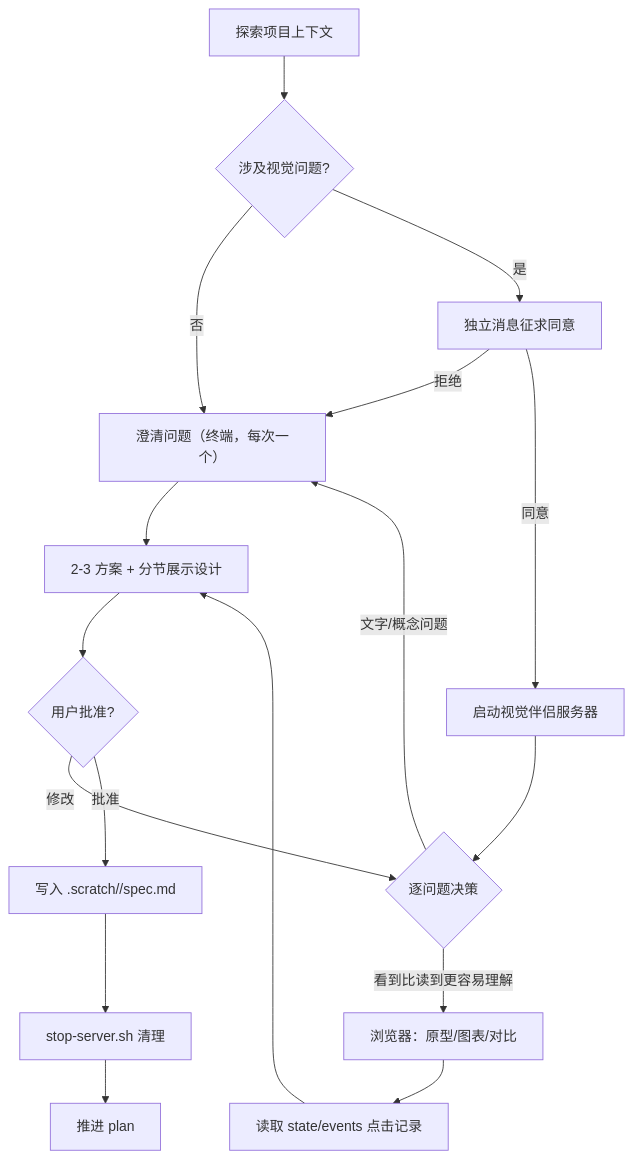
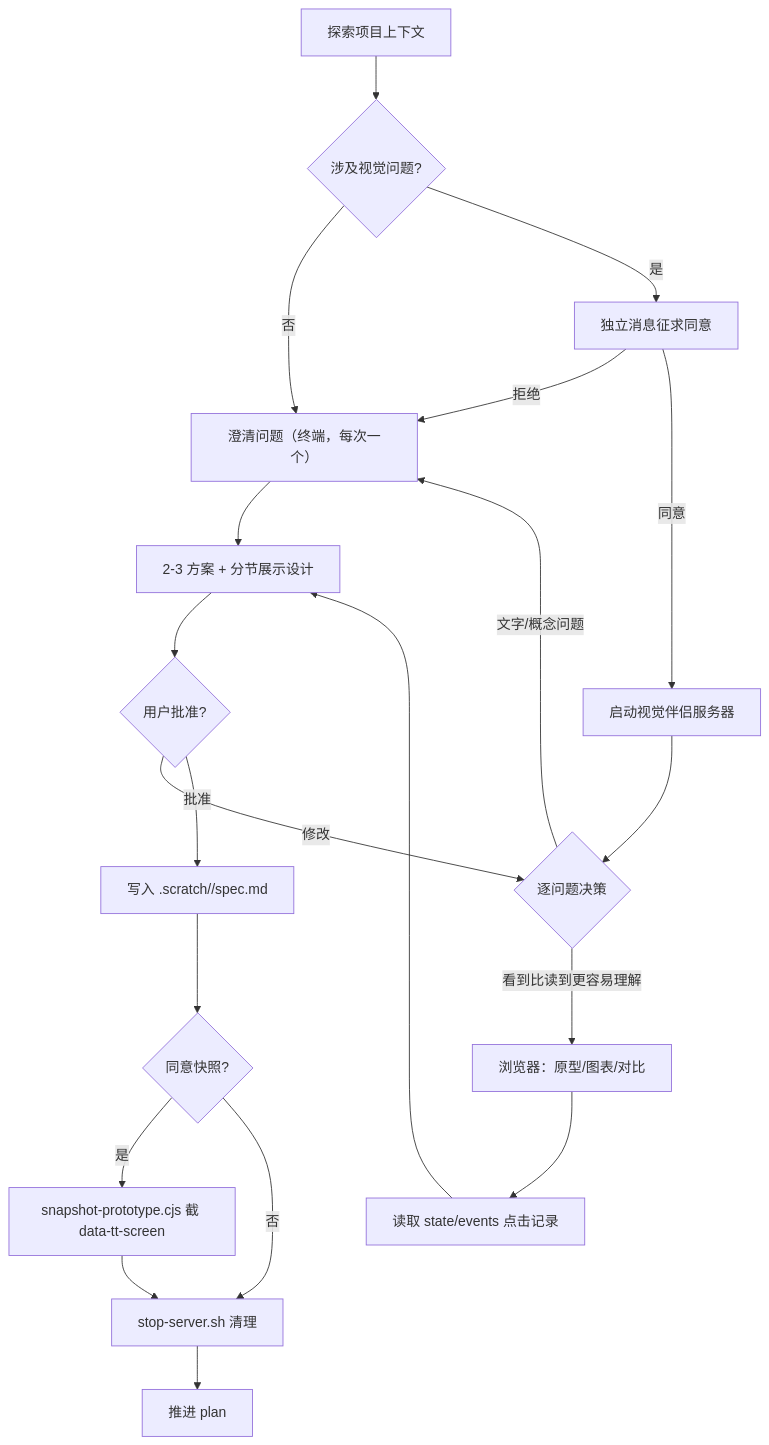
Before and after one commit to zerotower69/tech-workflow: the diagram in docs/brainstorm-visual-companion.md, drawn with Mermaid. The commit also changed other lines of this file and 14 other files, not shown here.

Commit message:
feat: v1.6.0 原型快照（data-tt-screen 元素级截图，需同意）

````diff
--- a/docs/brainstorm-visual-companion.md
+++ b/docs/brainstorm-visual-companion.md
@@ -80,19 +81,22 @@
 ```mermaid
 flowchart TD
     A["探索项目上下文"] --> B{"涉及视觉问题?"}
     B -- "否" --> F["澄清问题（终端，每次一个）"]
     B -- "是" --> C["独立消息征求同意"]
     C -- "拒绝" --> F
     C -- "同意" --> D["启动视觉伴侣服务器"]
     D --> E{"逐问题决策"}
     E -- "看到比读到更容易理解" --> G["浏览器：原型/图表/对比"]
     E -- "文字/概念问题" --> F
     G --> H["读取 state/events 点击记录"]
     F --> I["2-3 方案 + 分节展示设计"]
     H --> I
     I --> J{"用户批准?"}
     J -- "修改" --> E
     J -- "批准" --> K["写入 .scratch/<slug>/spec.md"]
-    K --> L["stop-server.sh 清理"]
+    K --> K2{"同意快照?"}
+    K2 -- "是" --> K3["snapshot-prototype.cjs 截 data-tt-screen"]
+    K2 -- "否" --> L["stop-server.sh 清理"]
+    K3 --> L
     L --> M["推进 plan"]
 ```
````
